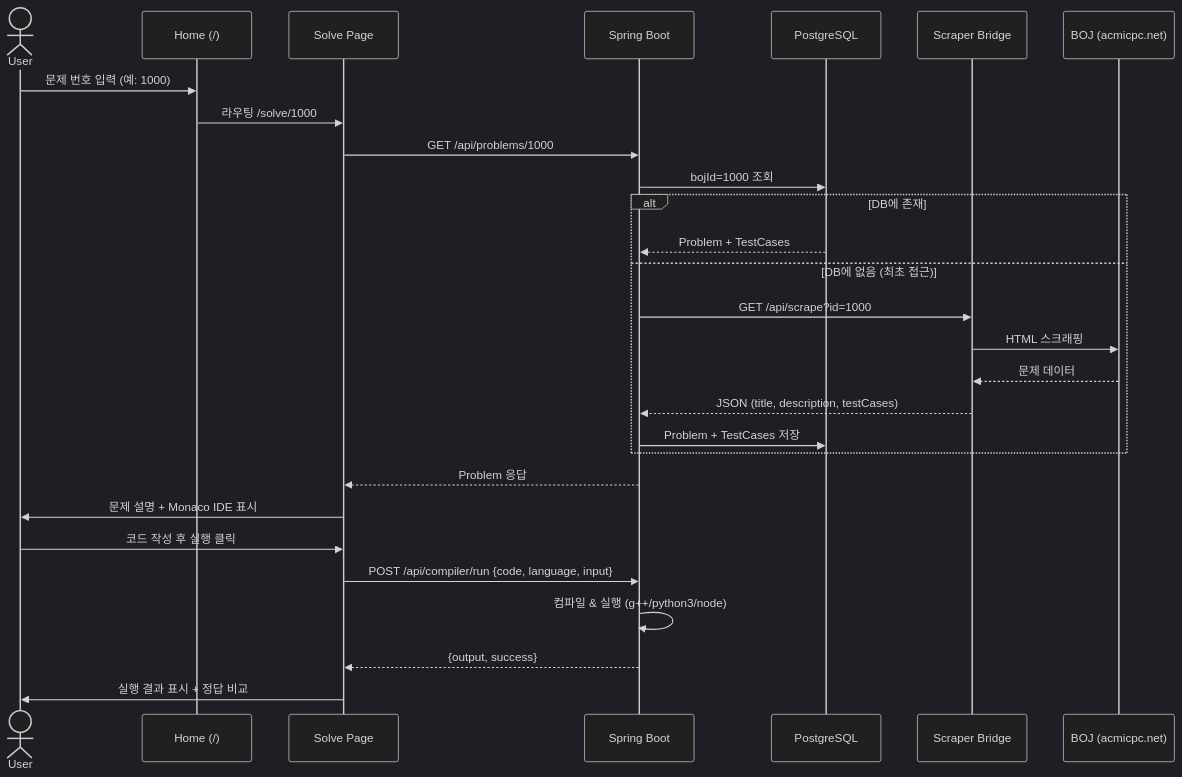
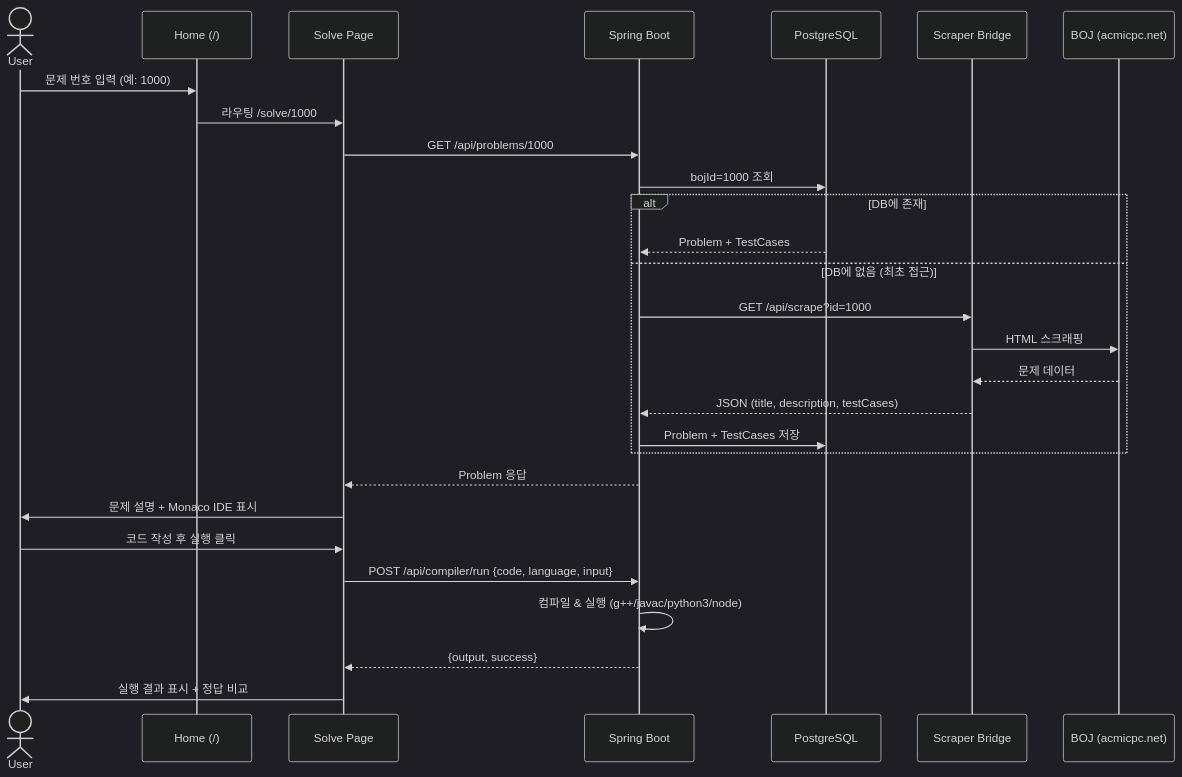
Before and after one commit to Jyeon324/psgrammers: the second of 2 diagrams in README.md, drawn with Mermaid (dark theme). The commit also changed other lines of this file and 1 other file, not shown here.

````diff
--- a/README.md
+++ b/README.md
@@ -55,35 +55,35 @@
 ```mermaid
 sequenceDiagram
     actor User
     participant Home as Home (/)
     participant Solve as Solve Page
     participant API as Spring Boot
     participant DB as PostgreSQL
     participant Bridge as Scraper Bridge
     participant BOJ as BOJ (acmicpc.net)
 
     User->>Home: 문제 번호 입력 (예: 1000)
     Home->>Solve: 라우팅 /solve/1000
 
     Solve->>API: GET /api/problems/1000
     API->>DB: bojId=1000 조회
 
     alt DB에 존재
         DB-->>API: Problem + TestCases
     else DB에 없음 (최초 접근)
         API->>Bridge: GET /api/scrape?id=1000
         Bridge->>BOJ: HTML 스크래핑
         BOJ-->>Bridge: 문제 데이터
         Bridge-->>API: JSON (title, description, testCases)
         API->>DB: Problem + TestCases 저장
     end
 
     API-->>Solve: Problem 응답
     Solve->>User: 문제 설명 + Monaco IDE 표시
 
     User->>Solve: 코드 작성 후 실행 클릭
     Solve->>API: POST /api/compiler/run {code, language, input}
-    API->>API: 컴파일 & 실행 (g++/python3/node)
+    API->>API: 컴파일 & 실행 (g++/javac/python3/node)
     API-->>Solve: {output, success}
     Solve->>User: 실행 결과 표시 + 정답 비교
 ```
````
